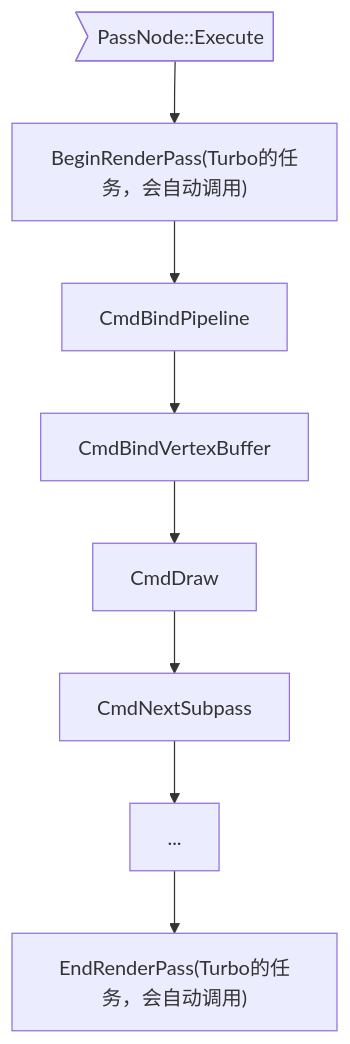
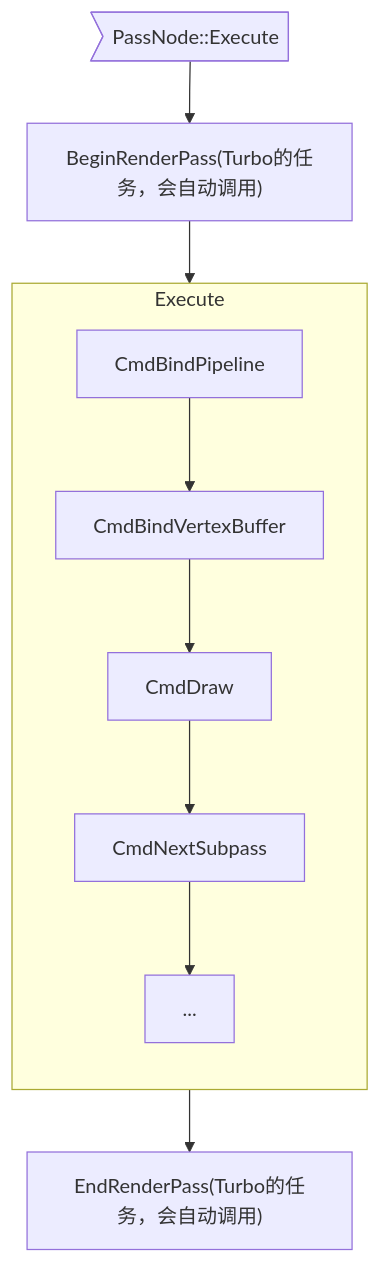
One commit to FuXiii/Turbo changed the seventh of 8 diagrams in docs/Design/FrameGraphAdvance.md. Above: the diagram before and after it, drawn with Mermaid.

Commit message:
Update FgAdvance

````diff
--- a/docs/Design/FrameGraphAdvance.md
+++ b/docs/Design/FrameGraphAdvance.md
@@ -1876,19 +1876,23 @@
 ```mermaid
 graph TD;
     PassNode>"PassNode::Execute"]
             BeginRenderPass["BeginRenderPass(Turbo的任务，会自动调用)"]
-                CmdBindPipeline[CmdBindPipeline]
-                CmdBindVertexBuffer[CmdBindVertexBuffer]
-                CmdDraw[CmdDraw]
-                CmdNextSubpass[CmdNextSubpass]
-                Etc["..."]
+                subgraph Execute
+                    direction TB
+                    CmdBindPipeline[CmdBindPipeline]
+                    CmdBindVertexBuffer[CmdBindVertexBuffer]
+                    CmdDraw[CmdDraw]
+                    CmdNextSubpass[CmdNextSubpass]
+                    Etc["..."]
+                end
+                
             EndRenderPass["EndRenderPass(Turbo的任务，会自动调用)"]
 
             PassNode-->BeginRenderPass
             BeginRenderPass-->CmdBindPipeline
             CmdBindPipeline-->CmdBindVertexBuffer
             CmdBindVertexBuffer-->CmdDraw
             CmdDraw-->CmdNextSubpass
             CmdNextSubpass-->Etc
             Etc-->EndRenderPass
 ```
````
